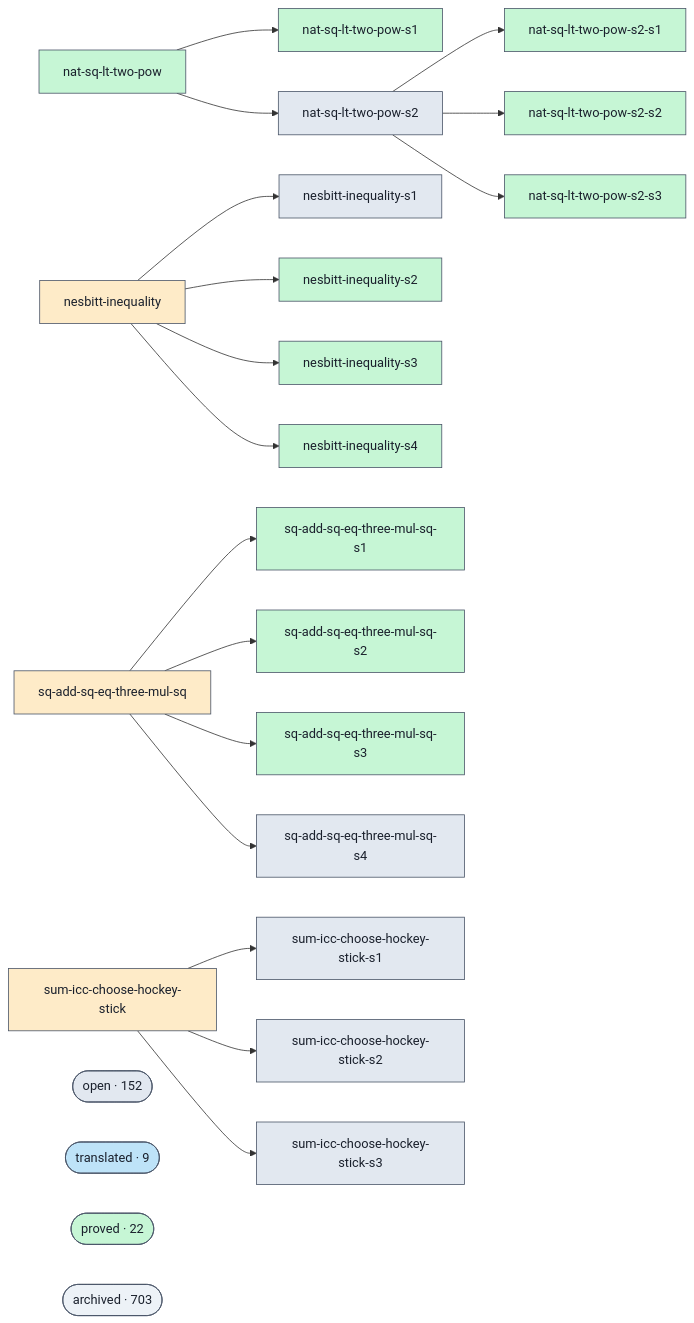
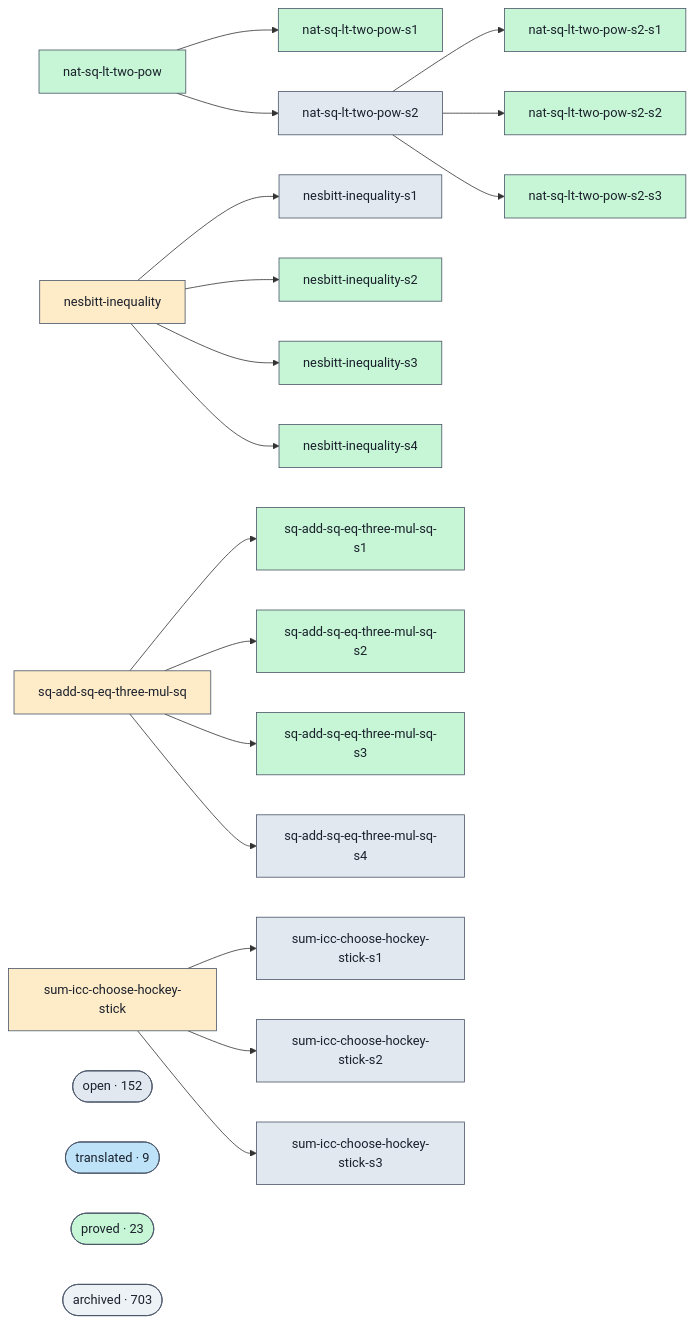
The diagram in docs/proofs-contributors-visualisation.md (Rauxon/unsorry), drawn with Mermaid before and after one commit. The commit also changed other lines of this file and 2 other files, not shown here.

```diff
--- a/docs/proofs-contributors-visualisation.md
+++ b/docs/proofs-contributors-visualisation.md
@@ -102,7 +102,7 @@
   class cluster_open open;
   cluster_translated(["translated · 9"])
   class cluster_translated translated;
-  cluster_proved(["proved · 22"])
+  cluster_proved(["proved · 23"])
   class cluster_proved proved;
   cluster_archived(["archived · 703"])
   class cluster_archived unknown;
```
